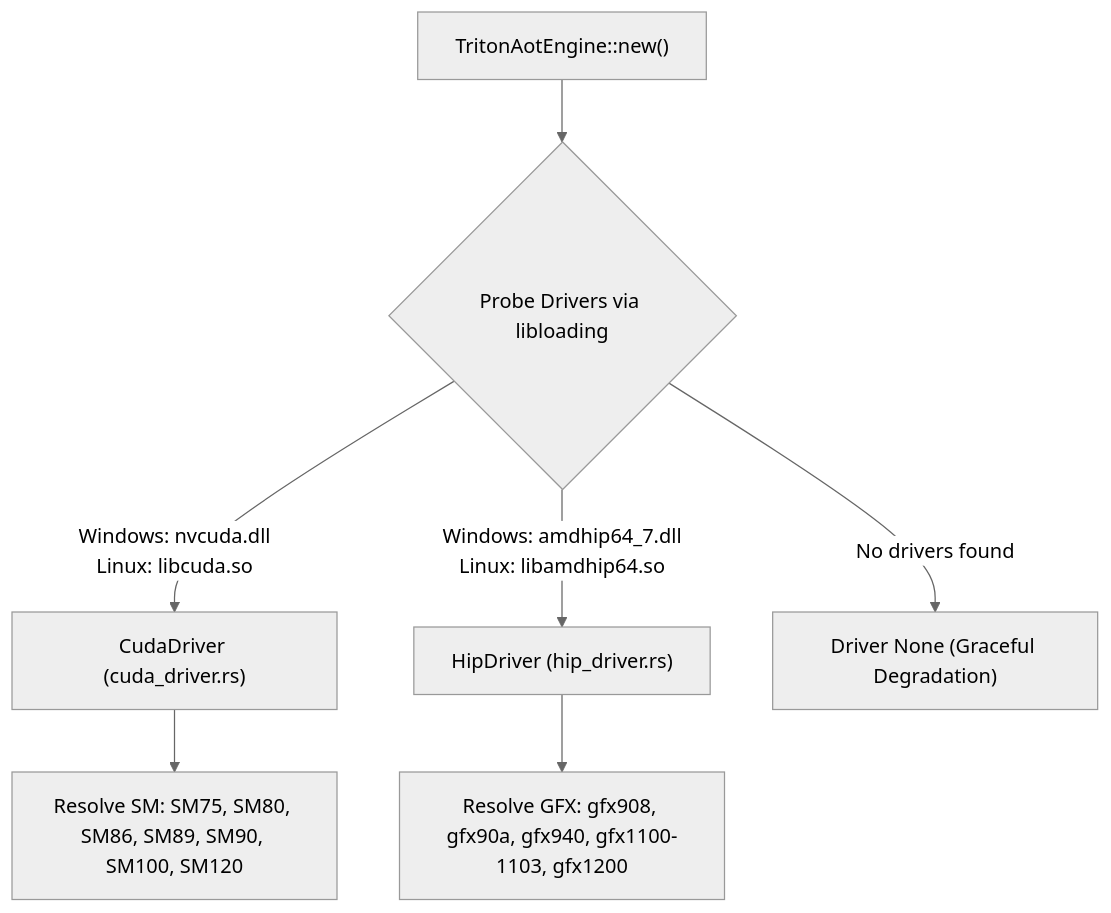
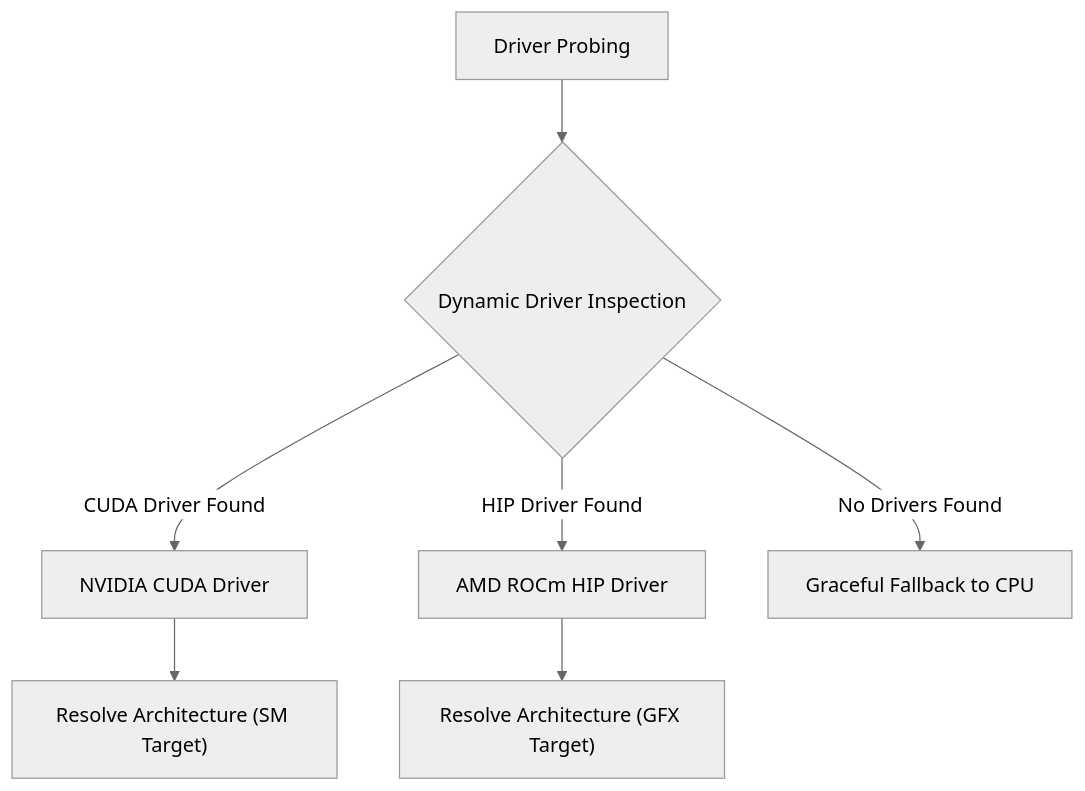
One commit to cloverx-id/luminamoon changed the diagram in docs/optimize/triton_aot/README.md. Above: the diagram before and after it, drawn with Mermaid (neutral theme). The commit also changed 33 other files, not shown here.

Commit message:
change diagram style

````diff
--- a/docs/optimize/triton_aot/README.md
+++ b/docs/optimize/triton_aot/README.md
@@ -13,11 +13,11 @@
 ```mermaid
 flowchart TD
-    Init["TritonAotEngine::new()"] --> Probe{"Probe Drivers via libloading"}
-    
-    Probe -->|"Windows: nvcuda.dll<br/>Linux: libcuda.so"| CUDA["CudaDriver (cuda_driver.rs)"]
-    Probe -->|"Windows: amdhip64_7.dll<br/>Linux: libamdhip64.so"| ROCm["HipDriver (hip_driver.rs)"]
-    Probe -->|"No drivers found"| None["Driver None (Graceful Degradation)"]
+    Init["Driver Probing"] --> Probe{"Dynamic Driver Inspection"}
 
-    CUDA --> ArchCUDA["Resolve SM: SM75, SM80, SM86, SM89, SM90, SM100, SM120"]
-    ROCm --> ArchROCm["Resolve GFX: gfx908, gfx90a, gfx940, gfx1100-1103, gfx1200"]
+    Probe -->|"CUDA Driver Found"| CUDA["NVIDIA CUDA Driver"]
+    Probe -->|"HIP Driver Found"| ROCm["AMD ROCm HIP Driver"]
+    Probe -->|"No Drivers Found"| Fallback["Graceful Fallback to CPU"]
+
+    CUDA --> ArchCUDA["Resolve Architecture (SM Target)"]
+    ROCm --> ArchROCm["Resolve Architecture (GFX Target)"]
 ```
````
